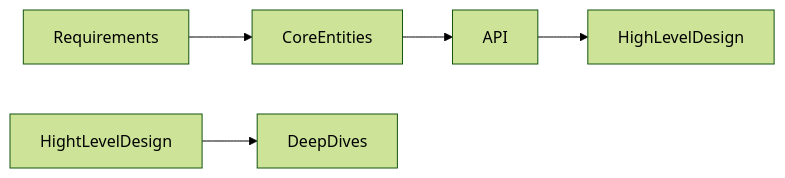
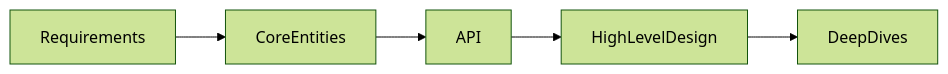
Before and after one commit to sovan92/HighLevelDesignDocument: the diagram in Dropbox.md, drawn with Mermaid (forest theme).

````diff
--- a/Dropbox.md
+++ b/Dropbox.md
@@ -3,12 +3,10 @@
 ```mermaid
 
 flowchart LR;
 
 Requirements-->CoreEntities;
 CoreEntities-->API;
 API-->HighLevelDesign;
-HightLevelDesign-->DeepDives;
-
-
+HighLevelDesign-->DeepDives;
 
 ```
````
